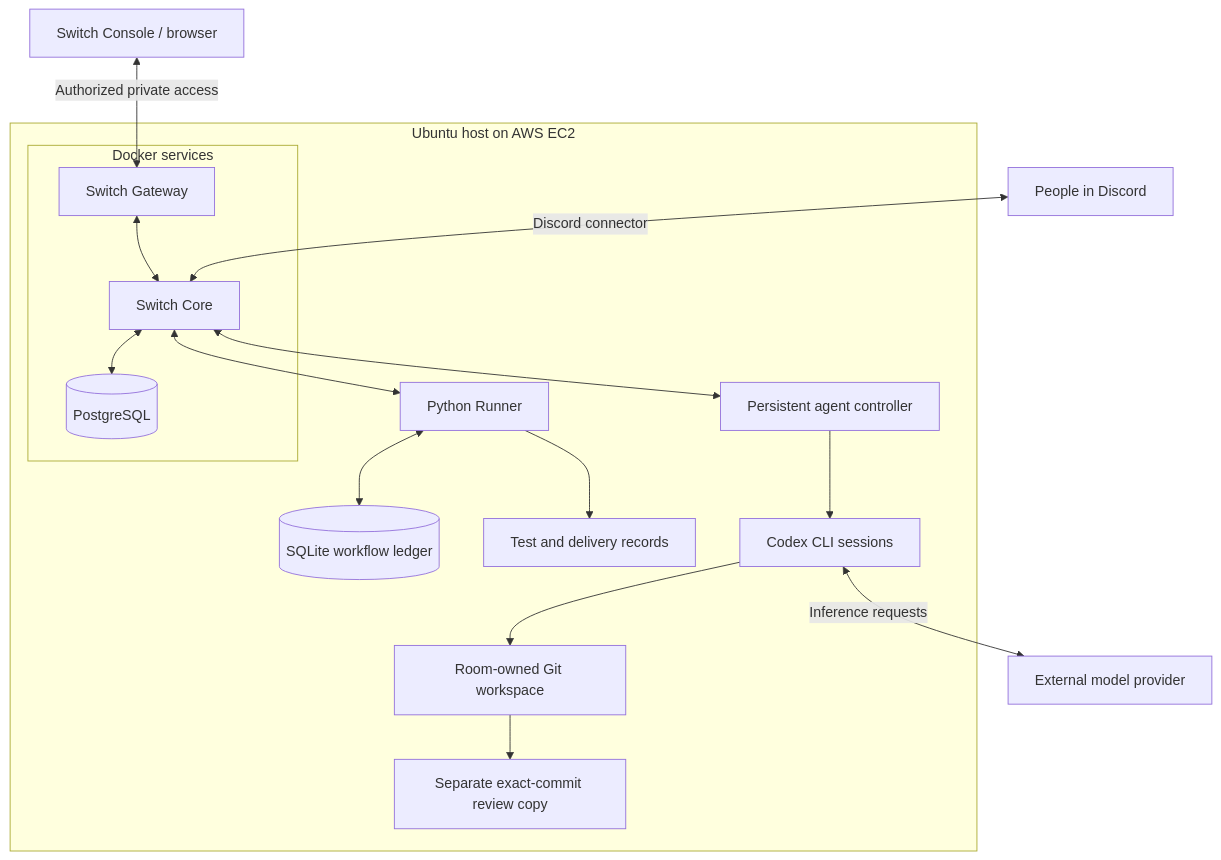
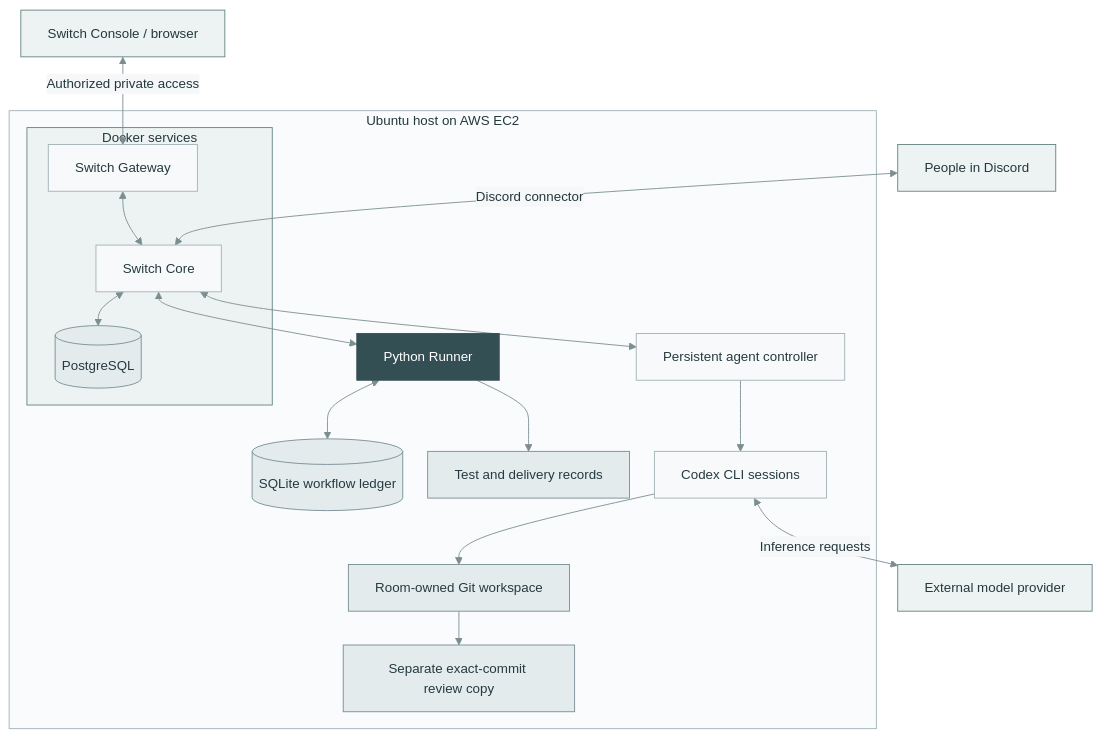
The second of 2 diagrams in README.md (Pranay22077/pactroom), drawn with Mermaid before and after one commit. The commit also changed other lines of this file and 5 other files, not shown here.

````diff
--- a/README.md
+++ b/README.md
@@ -102,19 +120,31 @@
 ```mermaid
+%%{init: {"theme":"base","themeVariables":{"primaryColor":"#EDF3F2","primaryTextColor":"#24383D","primaryBorderColor":"#63817F","lineColor":"#7B8D91","secondaryColor":"#F5F7F8","tertiaryColor":"#E3EBED","fontFamily":"Arial, sans-serif","fontSize":"15px"},"flowchart":{"curve":"basis","nodeSpacing":28,"rankSpacing":38}}}%%
 flowchart TB
     Discord[People in Discord] <-->|Discord connector| Core
     Console[Switch Console / browser] <-->|Authorized private access| Gateway
     subgraph AWS[Ubuntu host on AWS EC2]
         subgraph Docker[Docker services]
             Gateway[Switch Gateway] <--> Core[Switch Core]
             Core <--> Postgres[(PostgreSQL)]
         end
         Core <--> Runner[Python Runner]
         Runner <--> Ledger[(SQLite workflow ledger)]
         Core <--> Controller[Persistent agent controller]
         Controller --> CLI[Codex CLI sessions]
         CLI --> Workspace[Room-owned Git workspace]
         Workspace --> Review[Separate exact-commit review copy]
         Runner --> Evidence[Test and delivery records]
     end
     CLI <-->|Inference requests| Provider[External model provider]
+
+    classDef client fill:#EDF3F2,stroke:#63817F,color:#24383D;
+    classDef service fill:#F7F9FA,stroke:#A1B1B4,color:#263A40;
+    classDef control fill:#344F54,stroke:#344F54,color:#FFFFFF;
+    classDef storage fill:#E3EBED,stroke:#778C93,color:#263A40;
+    class Discord,Console,Provider client;
+    class Gateway,Core,Controller,CLI service;
+    class Runner control;
+    class Postgres,Ledger,Workspace,Review,Evidence storage;
+    style AWS fill:#FAFBFC,stroke:#A1B1B4,color:#24383D;
+    style Docker fill:#EDF3F2,stroke:#63817F,color:#24383D;
 ```
````
